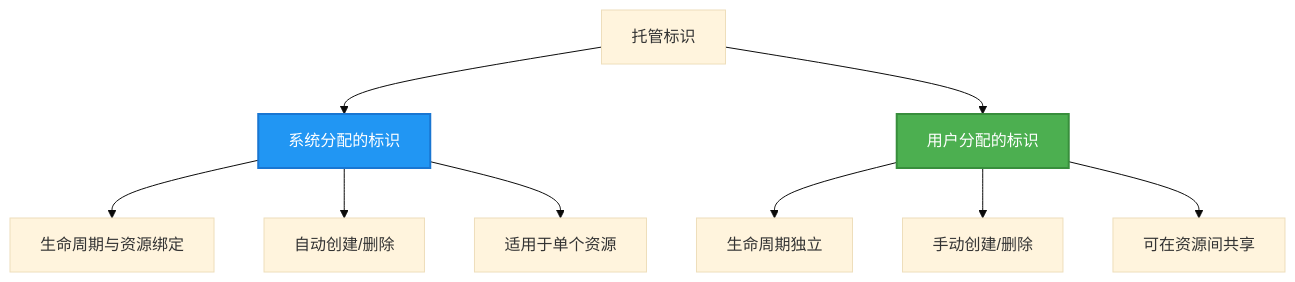
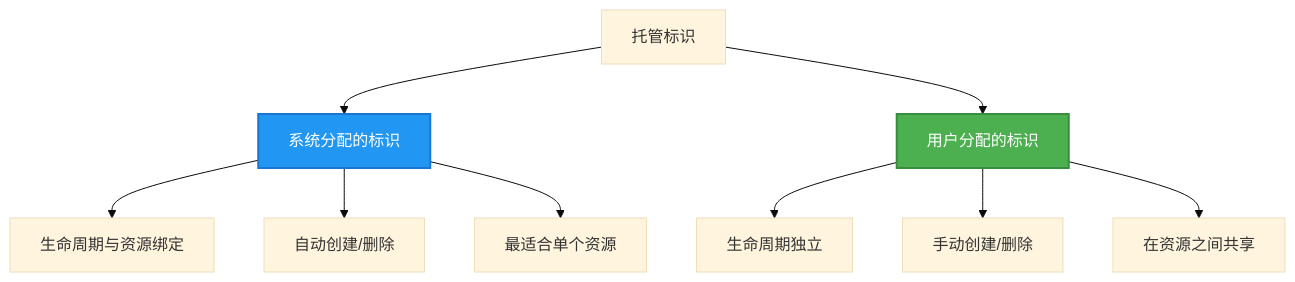
The second of 2 diagrams in translations/zh-CN/docs/chapter-03-configuration/authsecurity.md (microsoft/AZD-for-beginners), drawn with Mermaid (base theme) before and after one commit. The commit also changed other lines of this file and 101 other files, not shown here.

````diff
--- a/translations/zh-CN/docs/chapter-03-configuration/authsecurity.md
+++ b/translations/zh-CN/docs/chapter-03-configuration/authsecurity.md
@@ -97,20 +97,20 @@
 ```mermaid
 graph TB
     MI[托管标识]
     SystemAssigned[系统分配的标识]
     UserAssigned[用户分配的标识]
     
     MI --> SystemAssigned
     MI --> UserAssigned
     
     SystemAssigned --> SA1[生命周期与资源绑定]
     SystemAssigned --> SA2[自动创建/删除]
-    SystemAssigned --> SA3[适用于单个资源]
+    SystemAssigned --> SA3[最适合单个资源]
     
     UserAssigned --> UA1[生命周期独立]
     UserAssigned --> UA2[手动创建/删除]
-    UserAssigned --> UA3[可在资源间共享]
+    UserAssigned --> UA3[在资源之间共享]
     
     style SystemAssigned fill:#2196F3,stroke:#1976D2,stroke-width:2px,color:#fff
     style UserAssigned fill:#4CAF50,stroke:#388E3C,stroke-width:2px,color:#fff
 ```
````
